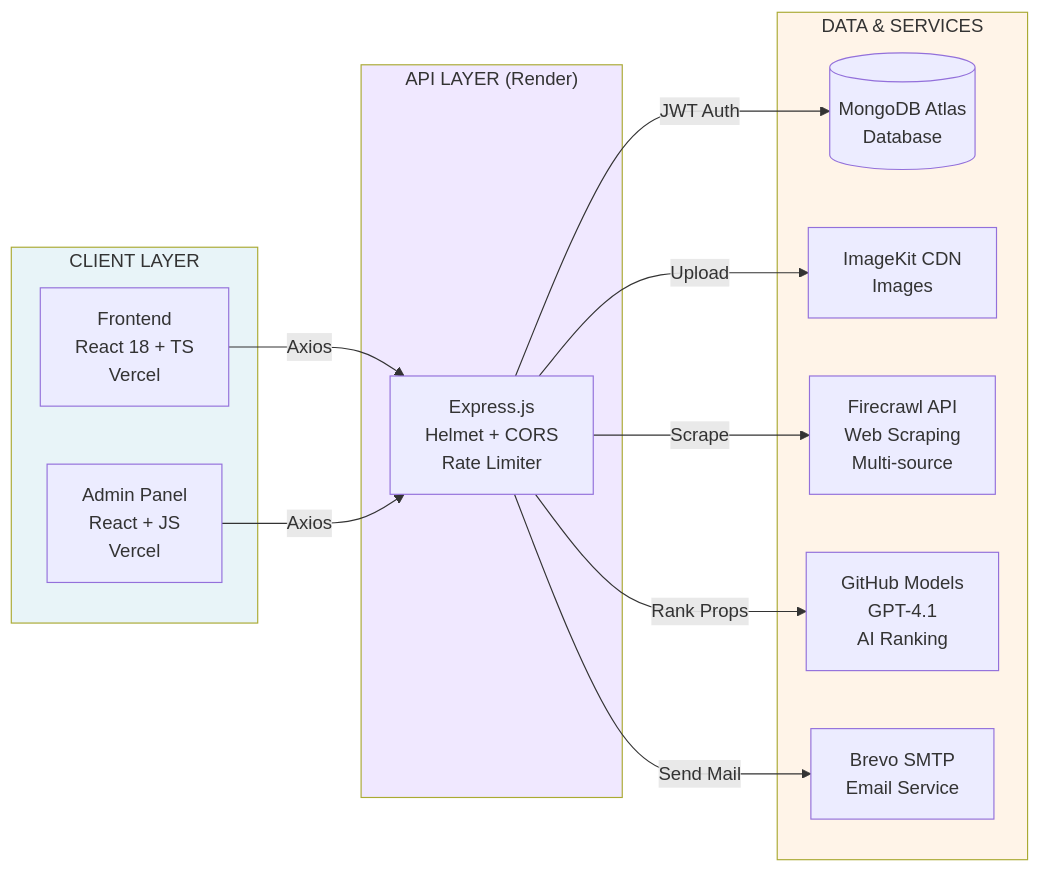
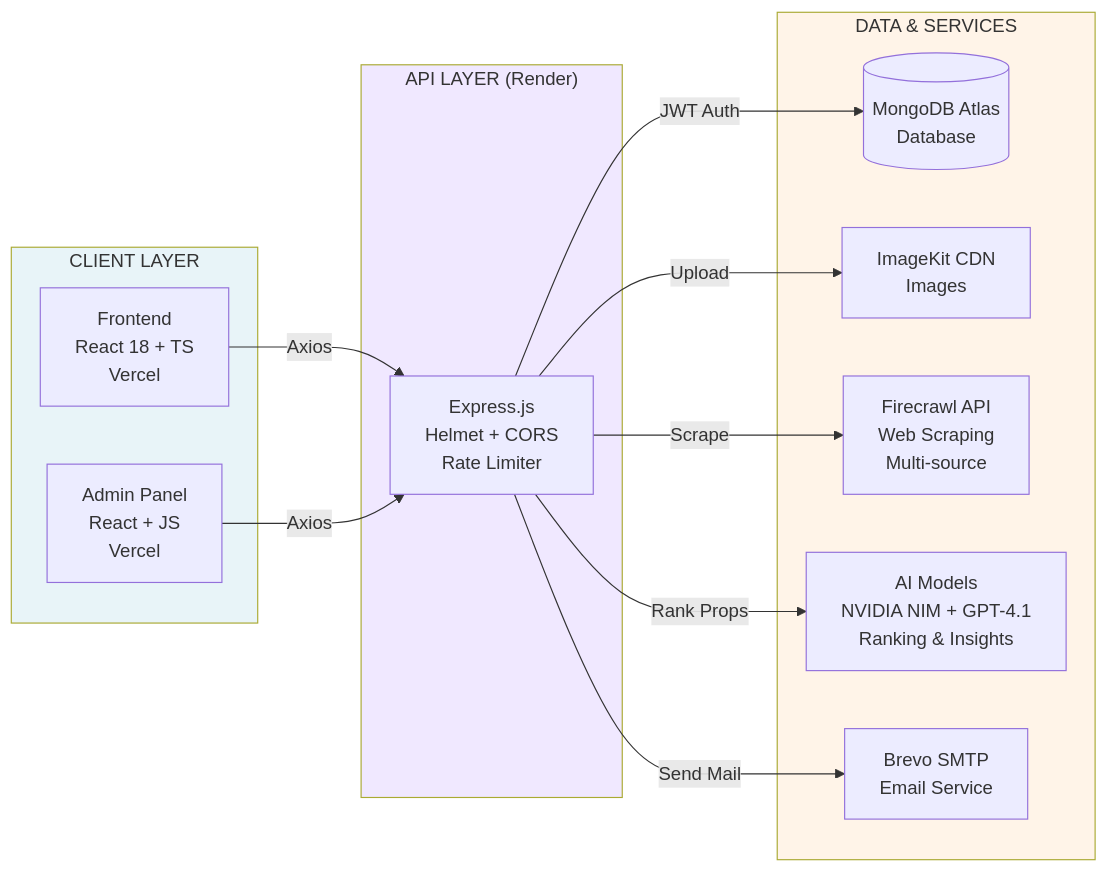
The third of 3 diagrams in README.md (AAYUSH412/Real-Estate-Website), drawn with Mermaid before and after one commit. The commit also changed other lines of this file and 19 other files, not shown here.

````diff
--- a/README.md
+++ b/README.md
@@ -343,31 +390,31 @@
 ```mermaid
 flowchart LR
     subgraph Client["CLIENT LAYER"]
         FE["Frontend<br/>React 18 + TS<br/>Vercel"]
       AD["Admin Panel<br/>React + JS<br/>Vercel"]
     end
     
     subgraph API["API LAYER (Render)"]
         BE["Express.js<br/>Helmet + CORS<br/>Rate Limiter"]
     end
     
     subgraph Data["DATA & SERVICES"]
         DB[("MongoDB Atlas<br/>Database")]
         IK["ImageKit CDN<br/>Images"]
         FC["Firecrawl API<br/>Web Scraping<br/>Multi-source"]
-        AI["GitHub Models<br/>GPT-4.1<br/>AI Ranking"]
+        AI["AI Models<br/>NVIDIA NIM + GPT-4.1<br/>Ranking & Insights"]
         EMAIL["Brevo SMTP<br/>Email Service"]
     end
     
     FE -->|Axios| BE
     AD -->|Axios| BE
     BE -->|JWT Auth| DB
     BE -->|Upload| IK
     BE -->|Scrape| FC
     BE -->|Rank Props| AI
     BE -->|Send Mail| EMAIL
     
     style Client fill:#E8F4F8
     style API fill:#F0E8FF
     style Data fill:#FFF4E8
 ```
````
